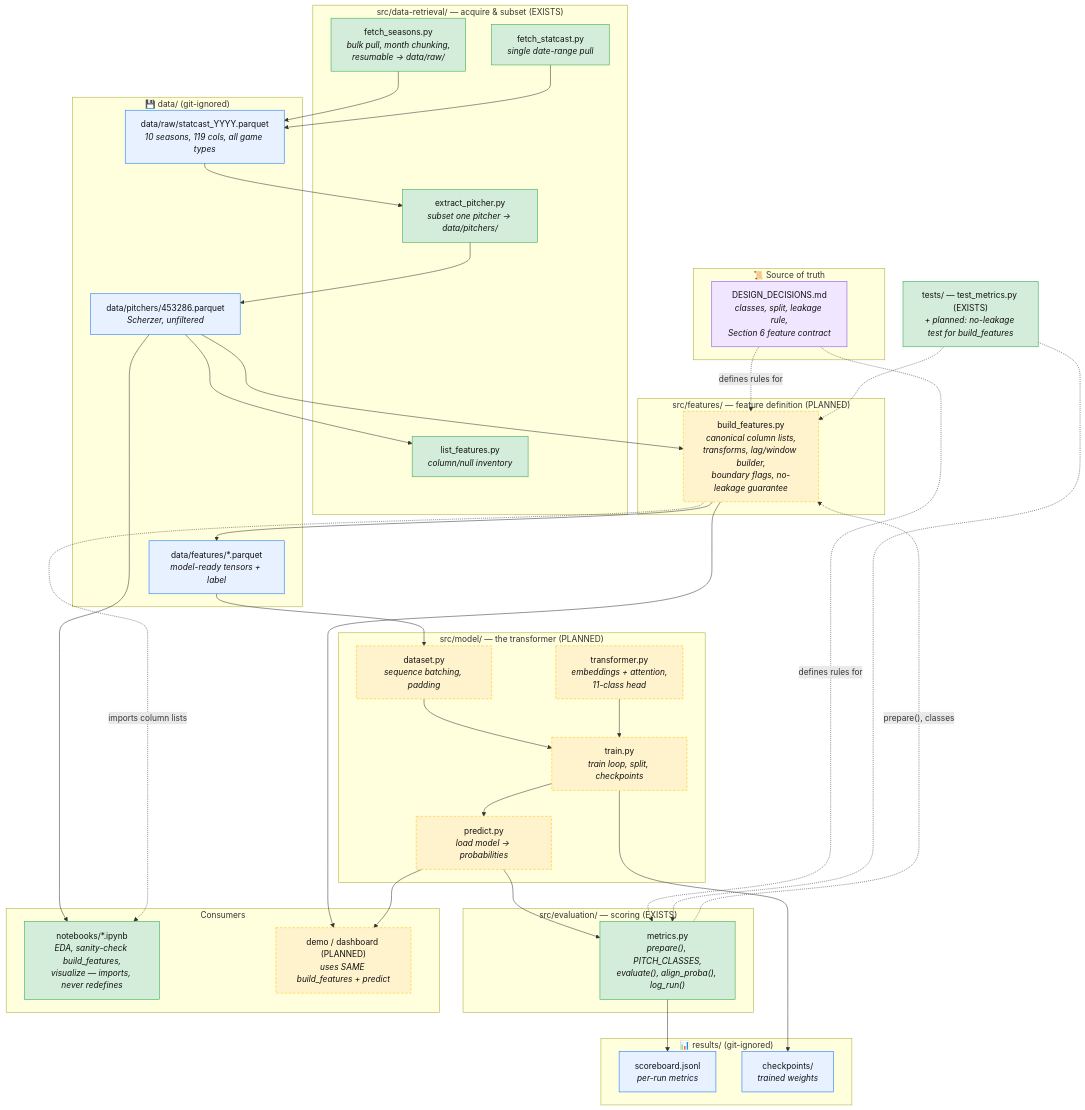
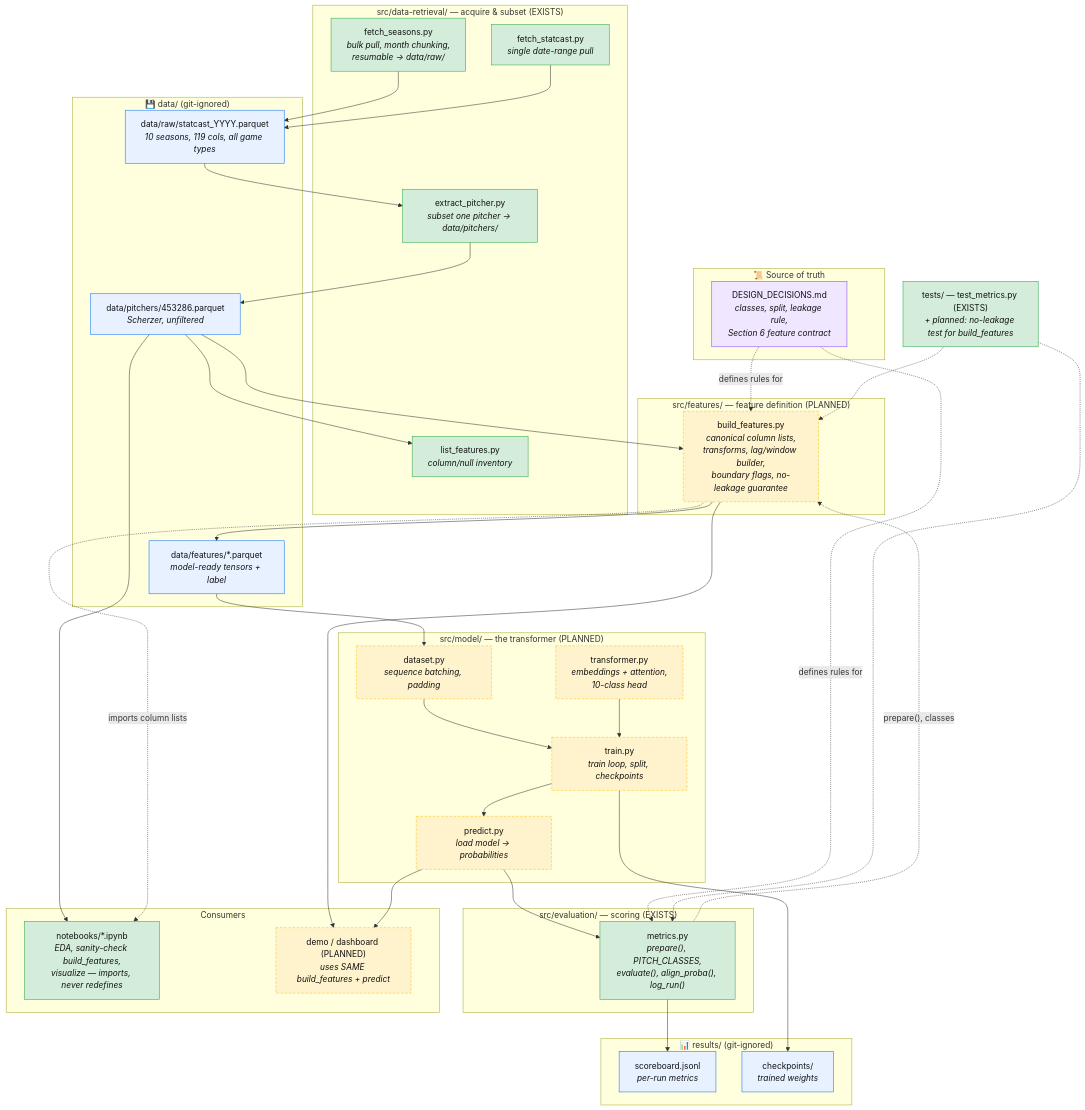
The diagram in docs/UML.mmd (NMMastro/pitch-predictor), drawn with Mermaid before and after one commit. The commit also changed 5 other files, not shown here.

Commit message:
Create a common Schema for codes

```diff
--- a/docs/UML.mmd
+++ b/docs/UML.mmd
@@ -1,84 +1,84 @@
 
 
 flowchart TB
     subgraph CONTRACT["📜 Source of truth"]
         DD["DESIGN_DECISIONS.md<br/><i>classes, split, leakage rule,<br/>Section 6 feature contract</i>"]
     end
 
     subgraph RETRIEVAL["src/data-retrieval/ — acquire & subset (EXISTS)"]
         FS["fetch_seasons.py<br/><i>bulk pull, month chunking,<br/>resumable → data/raw/</i>"]
         FST["fetch_statcast.py<br/><i>single date-range pull</i>"]
         EP["extract_pitcher.py<br/><i>subset one pitcher → data/pitchers/</i>"]
         LF["list_features.py<br/><i>column/null inventory</i>"]
     end
 
     subgraph DATA["💾 data/ (git-ignored)"]
         RAW["data/raw/statcast_YYYY.parquet<br/><i>10 seasons, 119 cols, all game types</i>"]
         PIT["data/pitchers/453286.parquet<br/><i>Scherzer, unfiltered</i>"]
         FEAT["data/features/*.parquet<br/><i>model-ready tensors + label</i>"]
     end
 
     subgraph FEATURES["src/features/ — feature definition (PLANNED)"]
         BF["build_features.py<br/><i>canonical column lists,<br/>transforms, lag/window builder,<br/>boundary flags, no-leakage guarantee</i>"]
     end
 
     subgraph EVAL["src/evaluation/ — scoring (EXISTS)"]
         MET["metrics.py<br/><i>prepare(), PITCH_CLASSES,<br/>evaluate(), align_proba(), log_run()</i>"]
     end
 
     subgraph MODEL["src/model/ — the transformer (PLANNED)"]
         DS["dataset.py<br/><i>sequence batching, padding</i>"]
-        NET["transformer.py<br/><i>embeddings + attention,<br/>11-class head</i>"]
+        NET["transformer.py<br/><i>embeddings + attention,<br/>10-class head</i>"]
         TR["train.py<br/><i>train loop, split, checkpoints</i>"]
         PR["predict.py<br/><i>load model → probabilities</i>"]
     end
 
     subgraph RESULTS["📊 results/ (git-ignored)"]
         SB["scoreboard.jsonl<br/><i>per-run metrics</i>"]
         CK["checkpoints/<br/><i>trained weights</i>"]
     end
 
     subgraph CONSUME["Consumers"]
         NB["notebooks/*.ipynb<br/><i>EDA, sanity-check build_features,<br/>visualize — imports, never redefines</i>"]
         DEMO["demo / dashboard (PLANNED)<br/><i>uses SAME build_features + predict</i>"]
     end
 
     TST["tests/ — test_metrics.py (EXISTS)<br/><i>+ planned: no-leakage test for build_features</i>"]
 
     FS --> RAW
     FST --> RAW
     RAW --> EP --> PIT
     PIT --> LF
 
     PIT --> BF
     MET -. "prepare(), classes" .-> BF
     BF --> FEAT
 
     FEAT --> DS --> TR
     NET --> TR
     TR --> CK
     TR --> PR
     PR --> MET
     MET --> SB
 
     DD -. "defines rules for" .-> BF
     DD -. "defines rules for" .-> MET
 
     PIT --> NB
     BF -. "imports column lists" .-> NB
     BF --> DEMO
     PR --> DEMO
 
     TST -.-> MET
     TST -.-> BF
 
     classDef exists fill:#d4edda,stroke:#28a745,color:#111
     classDef planned fill:#fff3cd,stroke:#ffc107,color:#111,stroke-dasharray: 5 3
     classDef data fill:#e7f1ff,stroke:#0d6efd,color:#111
     classDef contract fill:#f0e6ff,stroke:#8540f5,color:#111
 
     class FS,FST,EP,LF,MET,TST exists
     class BF,DS,NET,TR,PR,DEMO planned
     class RAW,PIT,FEAT,SB,CK data
     class DD contract
     class NB exists
```
